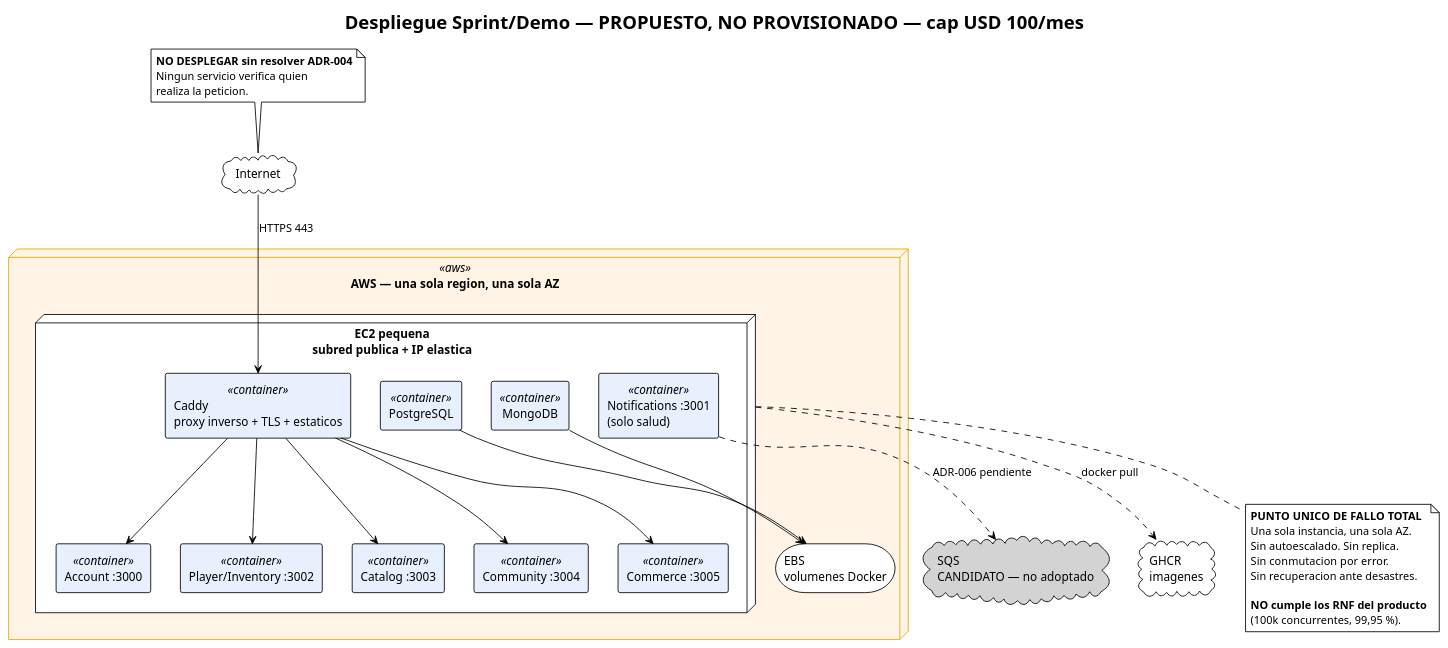
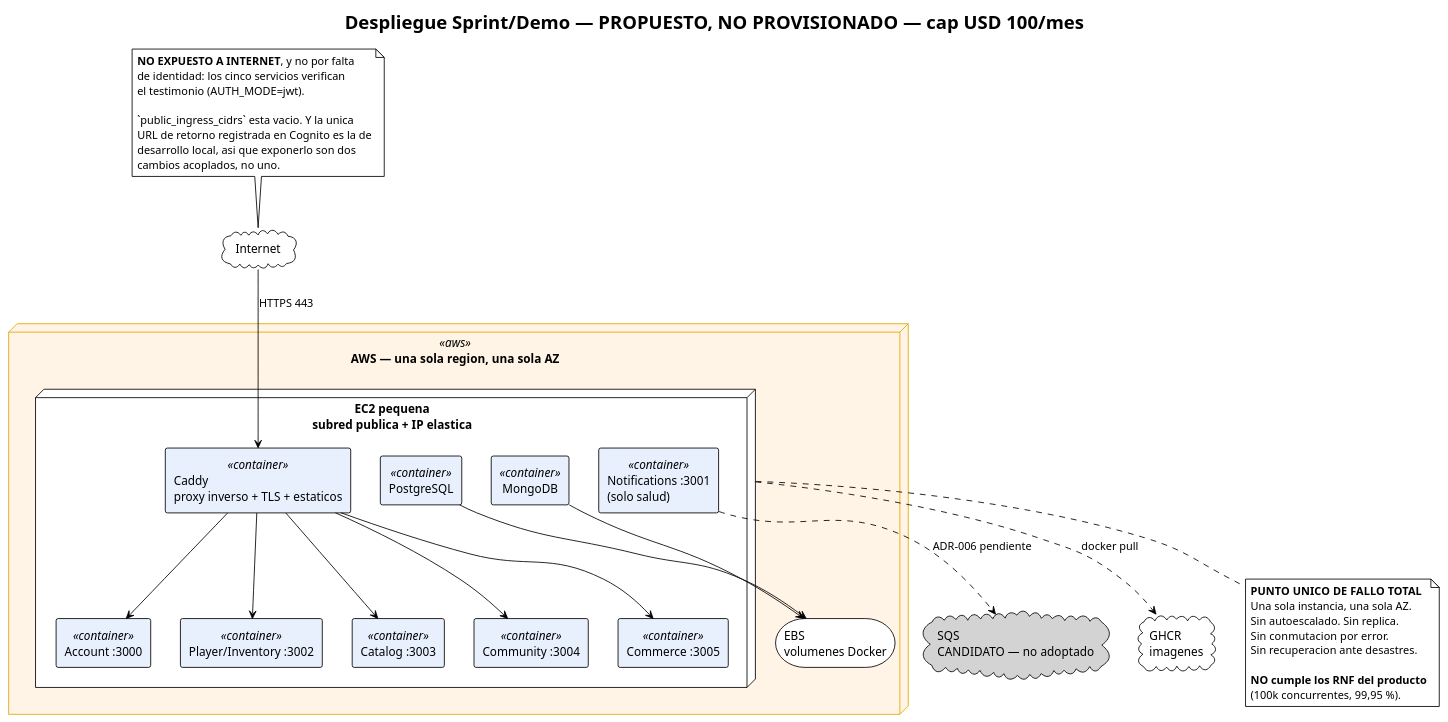
One commit to Nexus-Battle-VI/Nexus-Battle-Infrastructure changed the diagram in docs/diagrams/sprint-demo-aws-deployment.puml. Above: the diagram before and after it, drawn with PlantUML. The commit also changed 7 other files, not shown here.

Commit message:
docs: [ES] la documentacion decia que ningun servicio verifica quien pide (#27)

```diff
--- a/docs/diagrams/sprint-demo-aws-deployment.puml
+++ b/docs/diagrams/sprint-demo-aws-deployment.puml
@@ -1,64 +1,69 @@
 @startuml sprint-demo-aws-deployment
 !theme plain
 title Despliegue Sprint/Demo — PROPUESTO, NO PROVISIONADO — cap USD 100/mes
 
 skinparam defaultFontName sans-serif
 skinparam node {
   BackgroundColor<<aws>> #FFF4E5
   BorderColor<<aws>> #E0A800
 }
 skinparam rectangle {
   BackgroundColor<<container>> #E8F0FE
 }
 
 cloud "Internet" as internet
 
 node "AWS — una sola region, una sola AZ" <<aws>> {
   node "EC2 pequena\nsubred publica + IP elastica" as ec2 {
     rectangle "Caddy\nproxy inverso + TLS + estaticos" <<container>> as caddy
     rectangle "Account :3000" <<container>> as account
     rectangle "Notifications :3001\n(solo salud)" <<container>> as notifications
     rectangle "Player/Inventory :3002" <<container>> as inventory
     rectangle "Catalog :3003" <<container>> as catalog
     rectangle "Community :3004" <<container>> as community
     rectangle "Commerce :3005" <<container>> as commerce
     rectangle "PostgreSQL" <<container>> as postgres
     rectangle "MongoDB" <<container>> as mongo
   }
   storage "EBS\nvolumenes Docker" as ebs
 }
 
 cloud "GHCR\nimagenes" as ghcr
 cloud "SQS\nCANDIDATO — no adoptado" as sqs #LightGray
 
 internet --> caddy : HTTPS 443
 
 caddy --> account
 caddy --> inventory
 caddy --> catalog
 caddy --> community
 caddy --> commerce
 
 postgres --> ebs
 mongo --> ebs
 ec2 ..> ghcr : docker pull
 notifications ..> sqs : ADR-006 pendiente
 
 note bottom of ec2
   **PUNTO UNICO DE FALLO TOTAL**
   Una sola instancia, una sola AZ.
   Sin autoescalado. Sin replica.
   Sin conmutacion por error.
   Sin recuperacion ante desastres.
 
   **NO cumple los RNF del producto**
   (100k concurrentes, 99,95 %).
 end note
 
 note top of internet
-  **NO DESPLEGAR sin resolver ADR-004**
-  Ningun servicio verifica quien
-  realiza la peticion.
+  **NO EXPUESTO A INTERNET**, y no por falta
+  de identidad: los cinco servicios verifican
+  el testimonio (AUTH_MODE=jwt).
+
+  `public_ingress_cidrs` esta vacio. Y la unica
+  URL de retorno registrada en Cognito es la de
+  desarrollo local, asi que exponerlo son dos
+  cambios acoplados, no uno.
 end note
 
 @enduml
```
